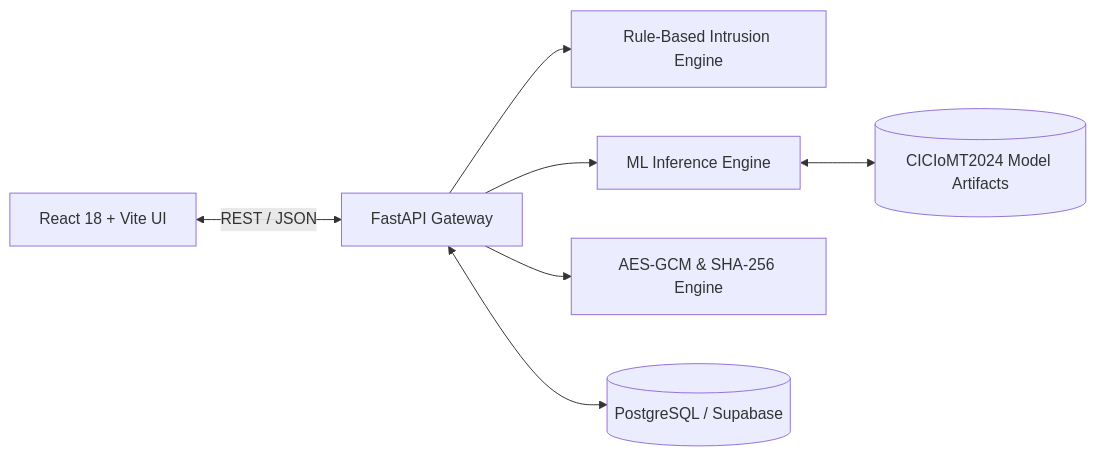
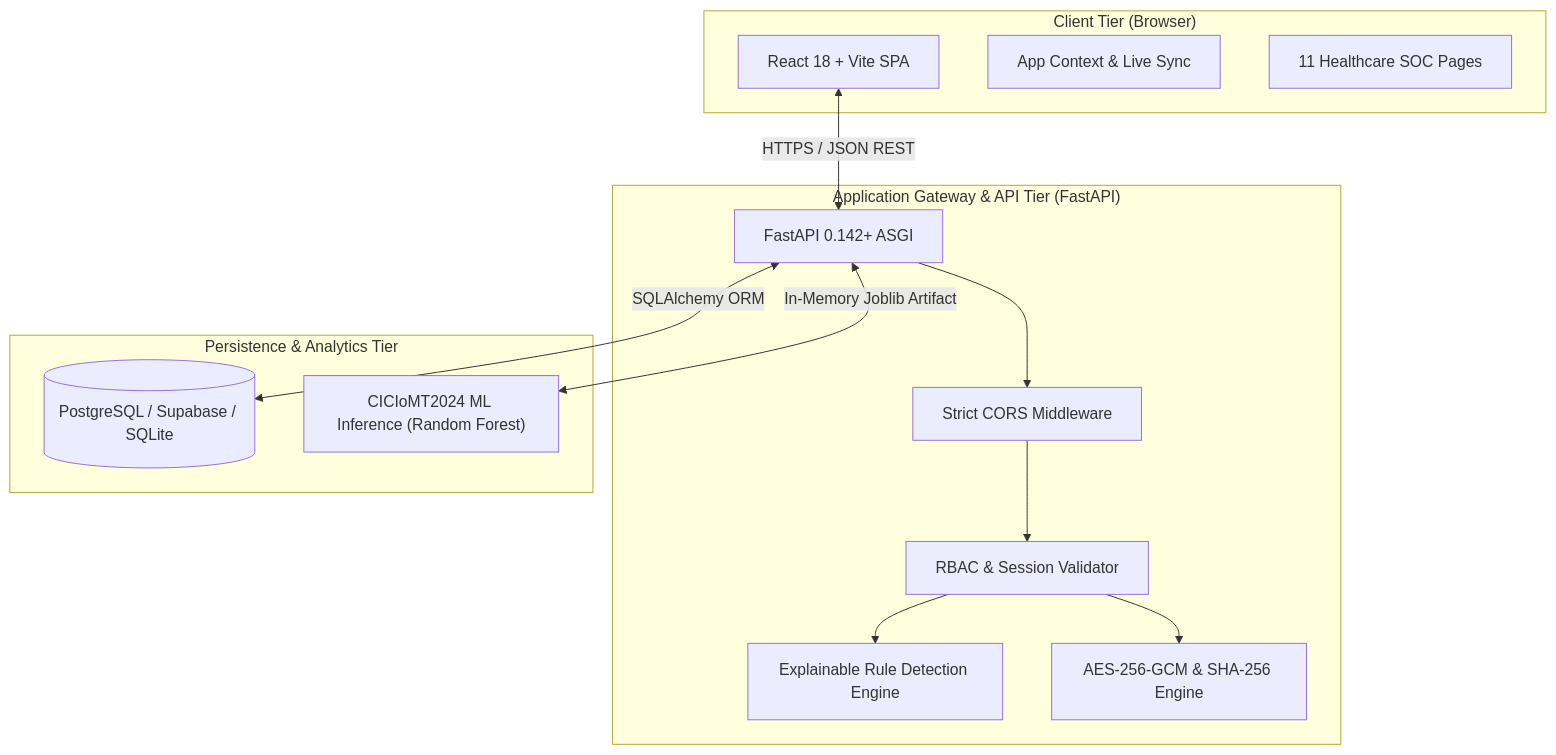
Before and after one commit to ANIKETCHAND/Msec: the diagram in README.md, drawn with Mermaid. The commit also changed other lines of this file and 63 other files, not shown here.

````diff
--- a/README.md
+++ b/README.md
@@ -33,9 +47,29 @@
 ```mermaid
-flowchart LR
-    A[React 18 + Vite UI] <-->|REST / JSON| B[FastAPI Gateway]
-    B --> C[Rule-Based Intrusion Engine]
-    B --> D[ML Inference Engine]
-    B --> E[AES-GCM & SHA-256 Engine]
-    B <--> F[(PostgreSQL / Supabase)]
-    D <--> G[(CICIoMT2024 Model Artifacts)]
+flowchart TD
+    subgraph Client ["Client Tier (Browser)"]
+        UI["React 18 + Vite SPA"]
+        Context["App Context & Live Sync"]
+        Pages["11 Healthcare SOC Pages"]
+    end
+
+    subgraph Gateway ["Application Gateway & API Tier (FastAPI)"]
+        FastAPI["FastAPI 0.142+ ASGI"]
+        CORS["Strict CORS Middleware"]
+        AuthMid["RBAC & Session Validator"]
+        RuleEng["Explainable Rule Detection Engine"]
+        Crypto["AES-256-GCM & SHA-256 Engine"]
+    end
+
+    subgraph DataTier ["Persistence & Analytics Tier"]
+        DB[(PostgreSQL / Supabase / SQLite)]
+        ML["CICIoMT2024 ML Inference (Random Forest)"]
+    end
+
+    UI <-->|HTTPS / JSON REST| FastAPI
+    FastAPI --> CORS
+    CORS --> AuthMid
+    AuthMid --> RuleEng
+    AuthMid --> Crypto
+    FastAPI <-->|SQLAlchemy ORM| DB
+    FastAPI <-->|In-Memory Joblib Artifact| ML
 ```
````
